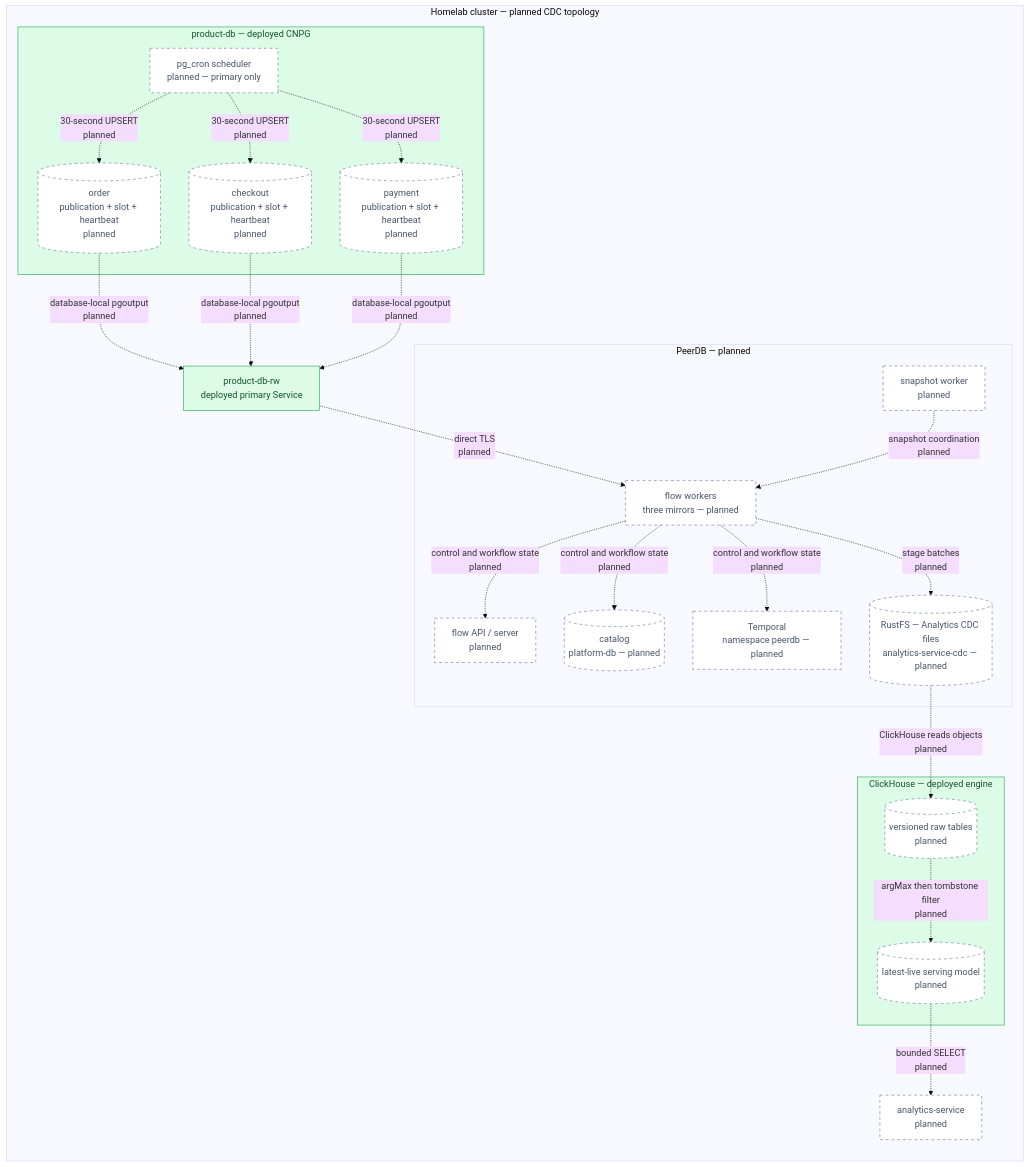
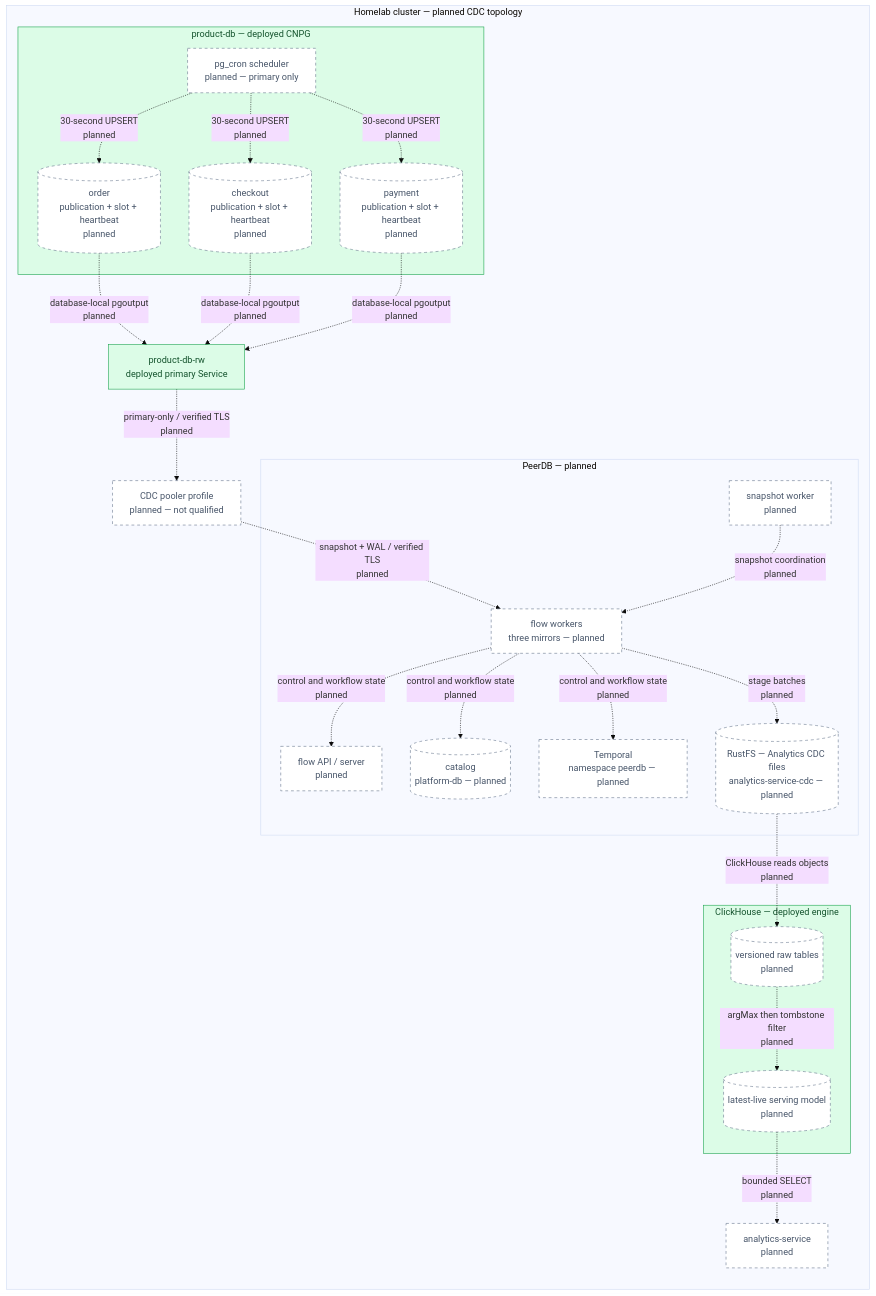
One commit to duynhlab/homelab changed the first of 2 diagrams in docs/proposals/rfc/RFC-0030/research.md. Above: the diagram before and after it, drawn with Mermaid (base theme). The commit also changed other lines of this file and 4 other files, not shown here.

````diff
--- a/docs/proposals/rfc/RFC-0030/research.md
+++ b/docs/proposals/rfc/RFC-0030/research.md
@@ -128,45 +169,48 @@
 ```mermaid
 flowchart LR
   subgraph CLUSTER["Homelab cluster — planned CDC topology"]
   subgraph PG["product-db — deployed CNPG"]
     CRON["pg_cron scheduler<br/>planned — primary only"]
     ORD[("order<br/>publication + slot + heartbeat<br/>planned")]
     CHECK[("checkout<br/>publication + slot + heartbeat<br/>planned")]
     PAY[("payment<br/>publication + slot + heartbeat<br/>planned")]
   end
 
   RW["product-db-rw<br/>deployed primary Service"]
 
   subgraph PDB["PeerDB — planned"]
     FLOW["flow workers<br/>three mirrors — planned"]
     SNAP["snapshot worker<br/>planned"]
     CTRL["flow API / server<br/>planned"]
     CAT[("catalog<br/>platform-db — planned")]
     TEMP["Temporal<br/>namespace peerdb — planned"]
     STAGE[("RustFS — Analytics CDC files<br/>analytics-service-cdc — planned")]
   end
 
   subgraph CH["ClickHouse — deployed engine"]
     RAW[("versioned raw tables<br/>planned")]
     SERVE[("latest-live serving model<br/>planned")]
   end
 
   API["analytics-service<br/>planned"]
 
   CRON -.->|"30-second UPSERT<br/>planned"| ORD & CHECK & PAY
   ORD & CHECK & PAY -.->|"database-local pgoutput<br/>planned"| RW
-  RW -.->|"direct TLS<br/>planned"| FLOW
+  CP["CDC pooler profile<br/>planned — not qualified"]
+  RW -.->|"primary-only / verified TLS<br/>planned"| CP
+  CP -.->|"snapshot + WAL / verified TLS<br/>planned"| FLOW
   SNAP -.->|"snapshot coordination<br/>planned"| FLOW
   FLOW -.->|"control and workflow state<br/>planned"| CTRL & CAT & TEMP
   FLOW -.->|"stage batches<br/>planned"| STAGE
   STAGE -.->|"ClickHouse reads objects<br/>planned"| RAW
   RAW -.->|"argMax then tombstone filter<br/>planned"| SERVE
   SERVE -.->|"bounded SELECT<br/>planned"| API
 
   end
 
   classDef data fill:#dcfce7,color:#14532d,stroke:#16a34a;
   classDef planned fill:#fff,color:#475569,stroke:#64748b,stroke-dasharray:5 5;
+  class CP planned;
   class RW,PG,CH data;
   class CRON,ORD,CHECK,PAY,FLOW,SNAP,CTRL,CAT,TEMP,STAGE,RAW,SERVE,API planned;
 ```
````
